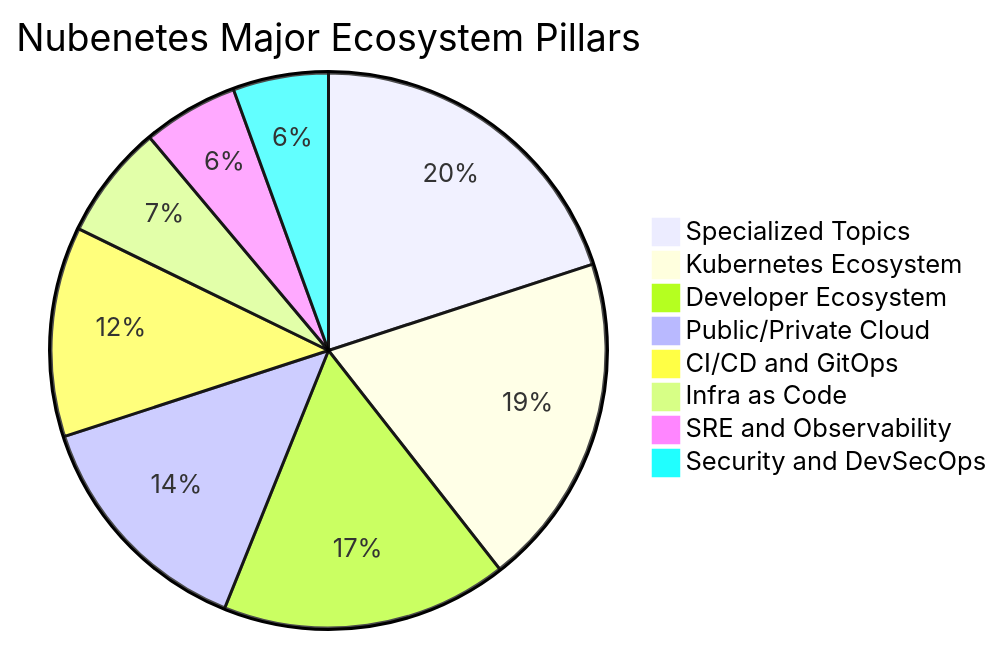
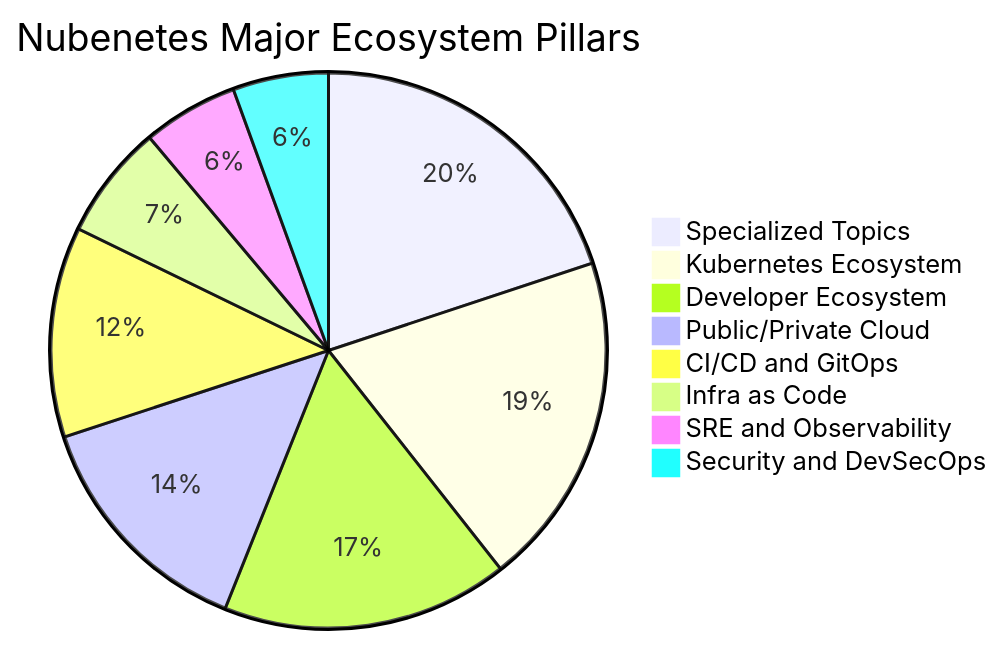
One commit to sec-js/awesome-kubernetes changed the second of 10 diagrams in README.md. Above: the diagram before and after it, drawn with Mermaid. The commit also changed other lines of this file, not shown here.

````diff
--- a/README.md
+++ b/README.md
@@ -218,11 +218,11 @@
 ```mermaid
 pie title Nubenetes Major Ecosystem Pillars
-    "Specialized Topics" : 3594
+    "Specialized Topics" : 3580
     "Kubernetes Ecosystem" : 3500
     "Developer Ecosystem" : 3000
     "Public/Private Cloud" : 2500
     "CI/CD and GitOps" : 2200
     "Infra as Code" : 1200
     "SRE and Observability" : 1000
     "Security and DevSecOps" : 1000
 ```
````
